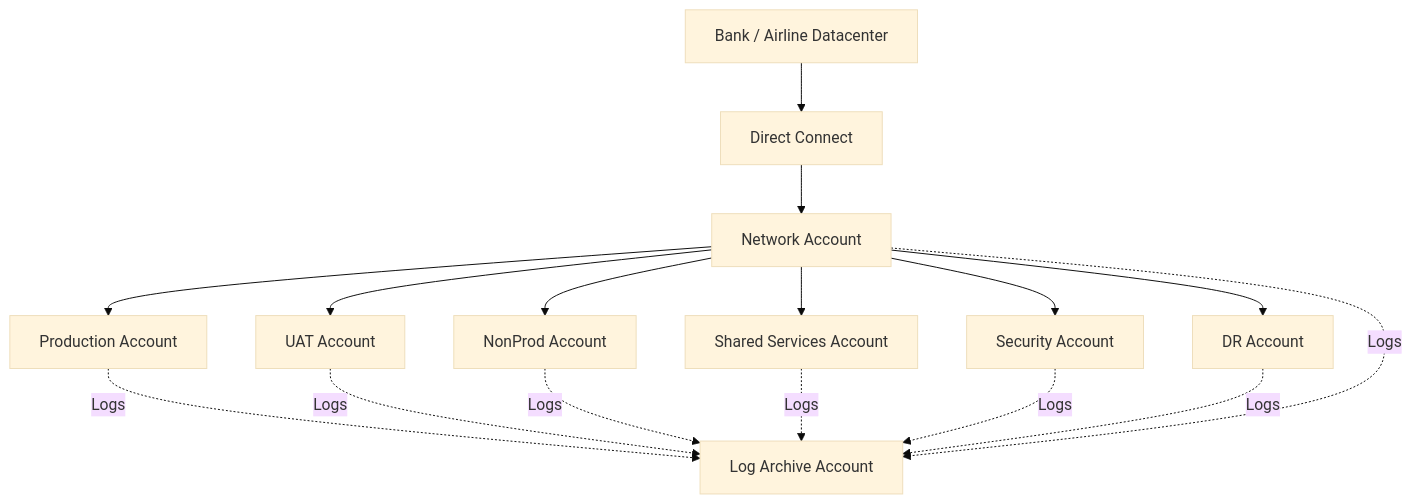
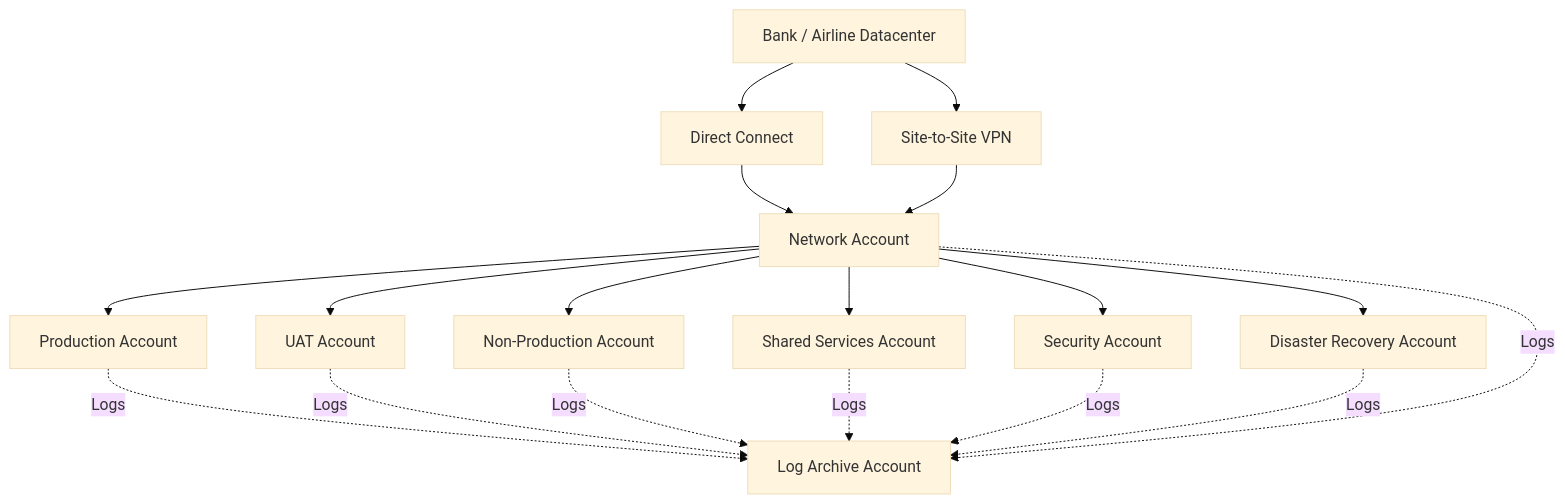
The second of 2 diagrams in README.md (vanchinathan-Cloud/aws-advanced-network-security), drawn with Mermaid (base theme) before and after one commit. The commit also changed other lines of this file, not shown here.

````diff
--- a/README.md
+++ b/README.md
@@ -33,19 +97,41 @@
 ```mermaid
 flowchart TD
-    OnPrem["Bank / Airline Datacenter"] --> DX["Direct Connect"]
-    DX --> NET["Network Account"]
-    NET --> PRD["Production Account"]
-    NET --> UAT["UAT Account"]
-    NET --> NPD["NonProd Account"]
-    NET --> SHR["Shared Services Account"]
-    NET --> SEC["Security Account"]
-    NET --> DR["DR Account"]
 
-    PRD -. Logs .-> LOG["Log Archive Account"]
+    ONPREM["Bank / Airline Datacenter"]
+
+    DX["Direct Connect"]
+    VPN["Site-to-Site VPN"]
+
+    NET["Network Account"]
+
+    PRD["Production Account"]
+    UAT["UAT Account"]
+    NPD["Non-Production Account"]
+
+    SHR["Shared Services Account"]
+    SEC["Security Account"]
+    DR["Disaster Recovery Account"]
+
+    LOG["Log Archive Account"]
+
+    ONPREM --> DX
+    ONPREM --> VPN
+
+    DX --> NET
+    VPN --> NET
+
+    NET --> PRD
+    NET --> UAT
+    NET --> NPD
+    NET --> SHR
+    NET --> SEC
+    NET --> DR
+
+    PRD -. Logs .-> LOG
     UAT -. Logs .-> LOG
     NPD -. Logs .-> LOG
     SHR -. Logs .-> LOG
     SEC -. Logs .-> LOG
     DR -. Logs .-> LOG
     NET -. Logs .-> LOG
 ```
````
